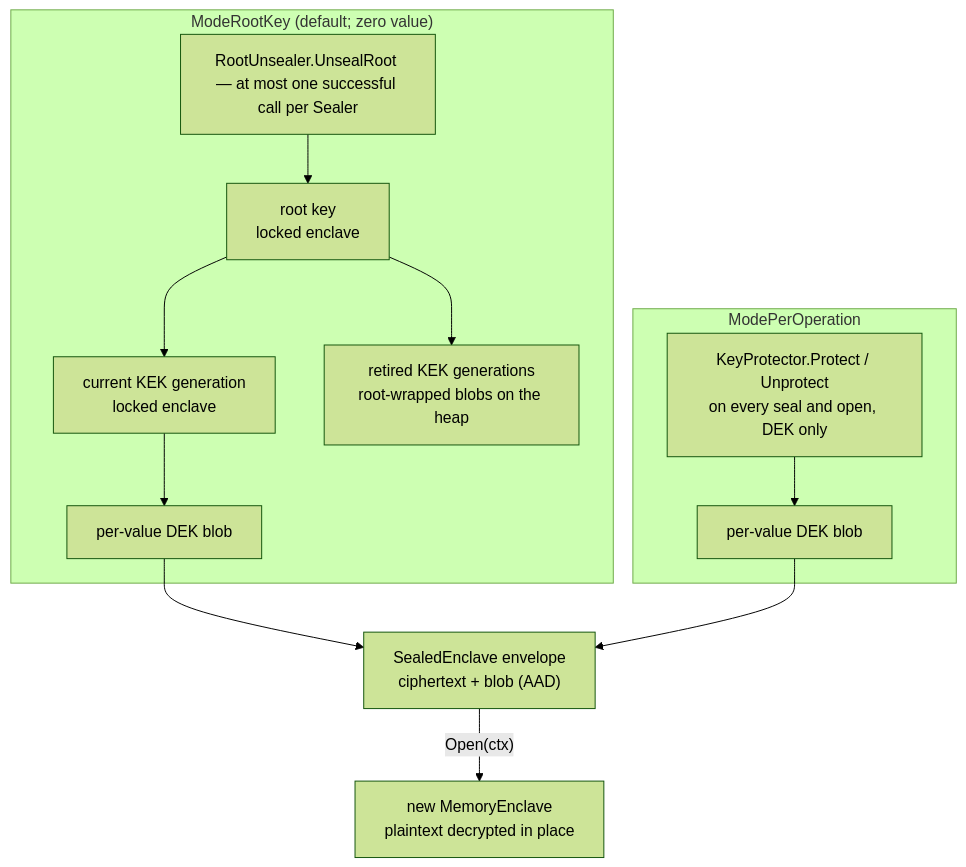
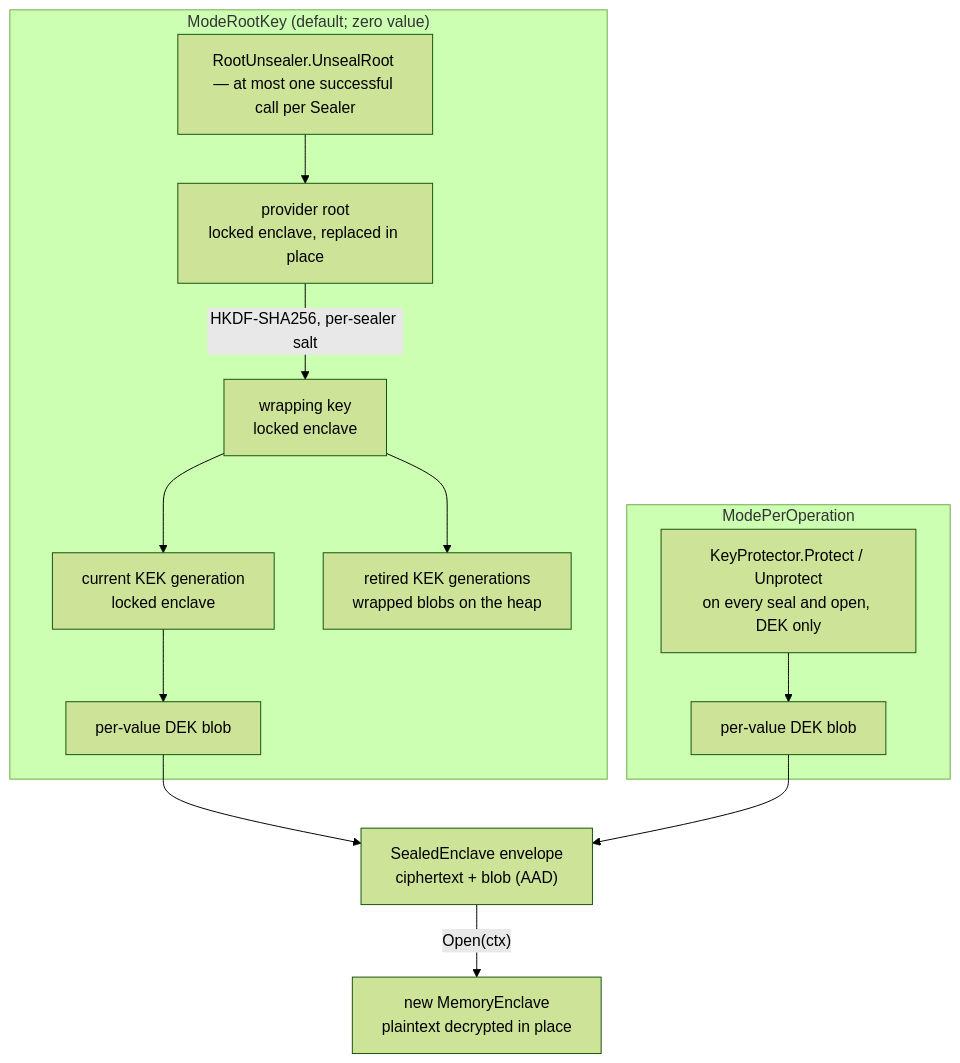
One commit to jeremyhahn/go-enclave changed the first of 3 diagrams in docs/sealing/architecture.md. Above: the diagram before and after it, drawn with Mermaid (forest theme). The commit also changed other lines of this file and 10 other files, not shown here.

````diff
--- a/docs/sealing/architecture.md
+++ b/docs/sealing/architecture.md
@@ -29,15 +29,16 @@
 ```mermaid
 flowchart TB
   subgraph RK["ModeRootKey (default; zero value)"]
-    RU["RootUnsealer.UnsealRoot — at most one successful call per Sealer"] --> ROOT["root key<br/>locked enclave"]
-    ROOT --> KEK["current KEK generation<br/>locked enclave"]
-    ROOT --> RET["retired KEK generations<br/>root-wrapped blobs on the heap"]
+    RU["RootUnsealer.UnsealRoot — at most one successful call per Sealer"] --> ROOT["provider root<br/>locked enclave, replaced in place"]
+    ROOT -->|"HKDF-SHA256, per-sealer salt"| WK["wrapping key<br/>locked enclave"]
+    WK --> KEK["current KEK generation<br/>locked enclave"]
+    WK --> RET["retired KEK generations<br/>wrapped blobs on the heap"]
     KEK --> DEK1["per-value DEK blob"]
   end
   subgraph PO["ModePerOperation"]
     KP["KeyProtector.Protect / Unprotect<br/>on every seal and open, DEK only"] --> DEK2["per-value DEK blob"]
   end
   DEK1 --> ENV["SealedEnclave envelope<br/>ciphertext + blob (AAD)"]
   DEK2 --> ENV
   ENV -- "Open(ctx)" --> ME["new MemoryEnclave<br/>plaintext decrypted in place"]
 ```
````
